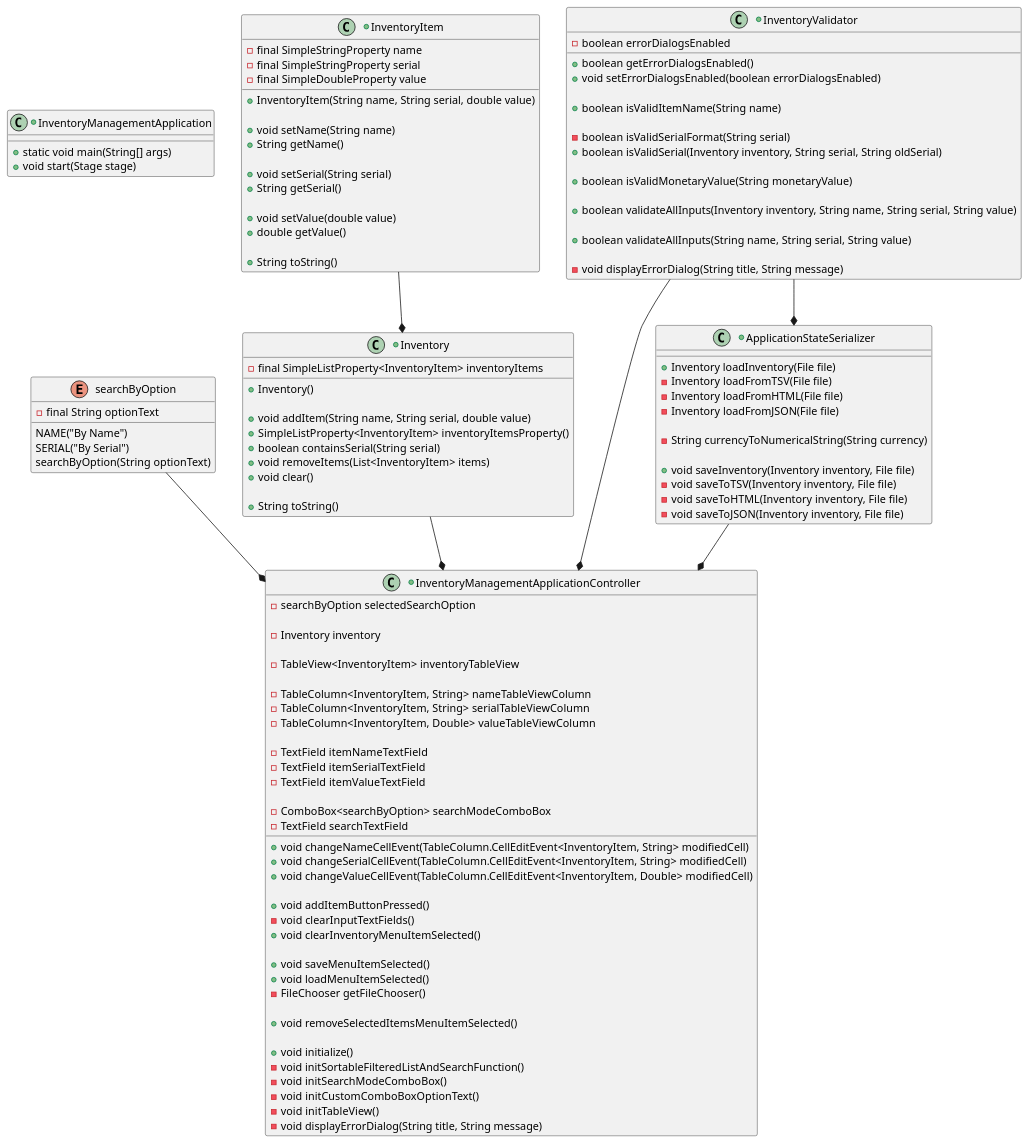
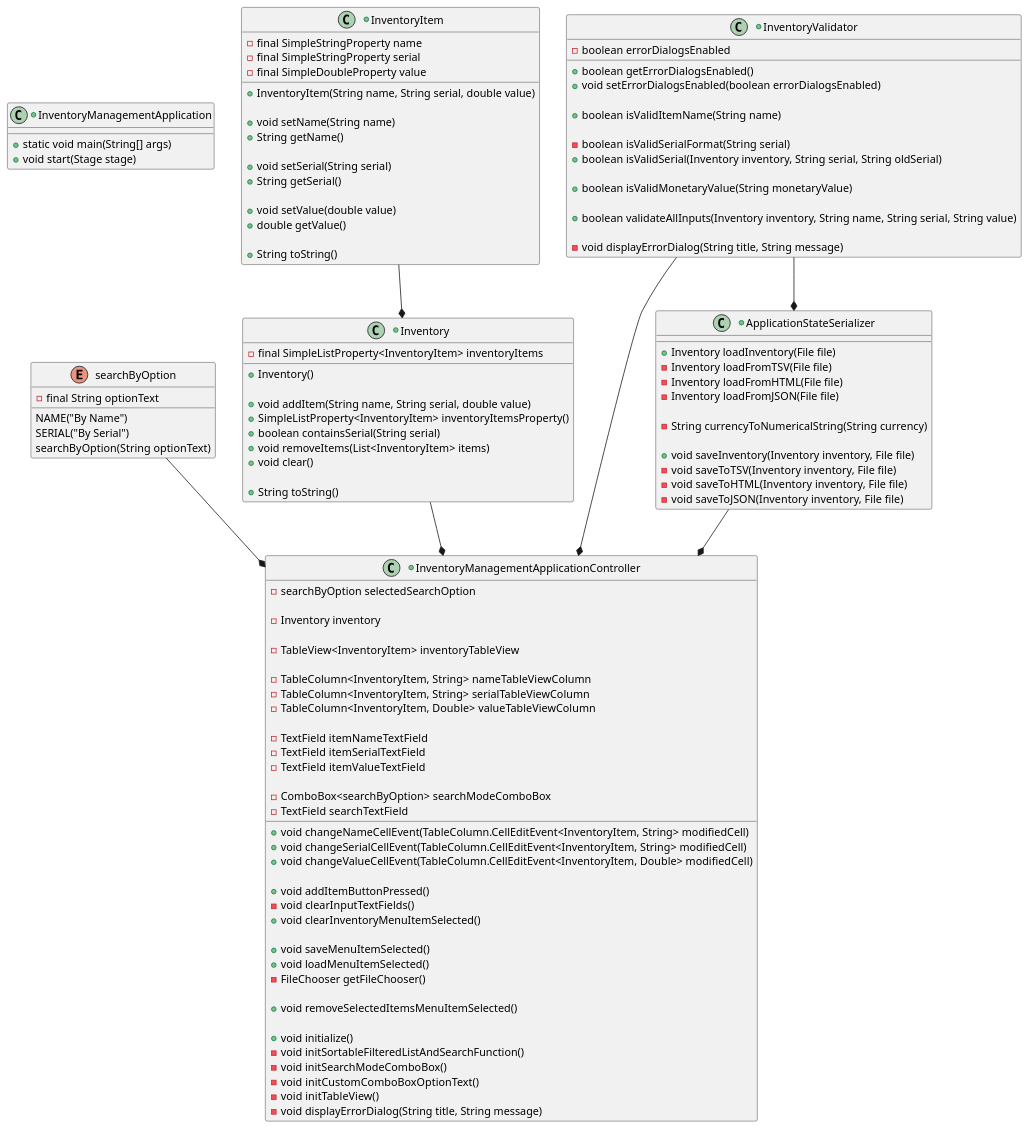
Before and after one commit to ethandrzb/thomas-app2: the diagram in GraphicalInventoryManager/docs/class_diagram.puml, drawn with PlantUML.

```diff
--- a/GraphicalInventoryManager/docs/class_diagram.puml
+++ b/GraphicalInventoryManager/docs/class_diagram.puml
@@ -1,139 +1,137 @@
 @startuml
 'https://plantuml.com/class-diagram
 
 +class InventoryManagementApplication
 {
     +static void main(String[] args)
     +void start(Stage stage)
 }
 
 +class InventoryManagementApplicationController
 {
     -searchByOption selectedSearchOption
     
     -Inventory inventory
 
     -TableView<InventoryItem> inventoryTableView
 
     -TableColumn<InventoryItem, String> nameTableViewColumn
     -TableColumn<InventoryItem, String> serialTableViewColumn
     -TableColumn<InventoryItem, Double> valueTableViewColumn
 
     -TextField itemNameTextField
     -TextField itemSerialTextField
     -TextField itemValueTextField
 
     -ComboBox<searchByOption> searchModeComboBox
     -TextField searchTextField
 
     +void changeNameCellEvent(TableColumn.CellEditEvent<InventoryItem, String> modifiedCell)
     +void changeSerialCellEvent(TableColumn.CellEditEvent<InventoryItem, String> modifiedCell)
     +void changeValueCellEvent(TableColumn.CellEditEvent<InventoryItem, Double> modifiedCell)
 
     +void addItemButtonPressed()
     -void clearInputTextFields()
     +void clearInventoryMenuItemSelected()
 
     +void saveMenuItemSelected()
     +void loadMenuItemSelected()
     -FileChooser getFileChooser()
 
     +void removeSelectedItemsMenuItemSelected()
 
     +void initialize()
     -void initSortableFilteredListAndSearchFunction()
     -void initSearchModeComboBox()
     -void initCustomComboBoxOptionText()
     -void initTableView()
     -void displayErrorDialog(String title, String message)
 }
 
 enum searchByOption
 {
     NAME("By Name")
     SERIAL("By Serial")
     
     -final String optionText
     
     searchByOption(String optionText)
 }
 
 +class InventoryItem
 {
     -final SimpleStringProperty name
     -final SimpleStringProperty serial
     -final SimpleDoubleProperty value
 
     +InventoryItem(String name, String serial, double value)
 
     +void setName(String name)
     +String getName()
 
     +void setSerial(String serial)
     +String getSerial()
 
     +void setValue(double value)
     +double getValue()
 
     +String toString()
 }
 
 +class Inventory
 {
     -final SimpleListProperty<InventoryItem> inventoryItems
 
     +Inventory()
 
     +void addItem(String name, String serial, double value)
     +SimpleListProperty<InventoryItem> inventoryItemsProperty()
     +boolean containsSerial(String serial)
     +void removeItems(List<InventoryItem> items)
     +void clear()
 
     +String toString()
 }
 
 +class ApplicationStateSerializer
 {
     +Inventory loadInventory(File file)
     -Inventory loadFromTSV(File file)
     -Inventory loadFromHTML(File file)
     -Inventory loadFromJSON(File file)
     
     -String currencyToNumericalString(String currency)
 
     +void saveInventory(Inventory inventory, File file)
     -void saveToTSV(Inventory inventory, File file)
     -void saveToHTML(Inventory inventory, File file)
     -void saveToJSON(Inventory inventory, File file)
 }
 
 +class InventoryValidator
 {
     -boolean errorDialogsEnabled
 
     +boolean getErrorDialogsEnabled()
     +void setErrorDialogsEnabled(boolean errorDialogsEnabled)
 
     +boolean isValidItemName(String name)
     
     -boolean isValidSerialFormat(String serial)
     +boolean isValidSerial(Inventory inventory, String serial, String oldSerial)
     
     +boolean isValidMonetaryValue(String monetaryValue)
     
     +boolean validateAllInputs(Inventory inventory, String name, String serial, String value)
-
-    +boolean validateAllInputs(String name, String serial, String value)
     
     -void displayErrorDialog(String title, String message)
 }
 
 InventoryItem --* Inventory
 Inventory --* InventoryManagementApplicationController
 InventoryValidator --* InventoryManagementApplicationController
 searchByOption --* InventoryManagementApplicationController
 InventoryValidator --* ApplicationStateSerializer
 ApplicationStateSerializer --* InventoryManagementApplicationController
 
 @enduml
```
